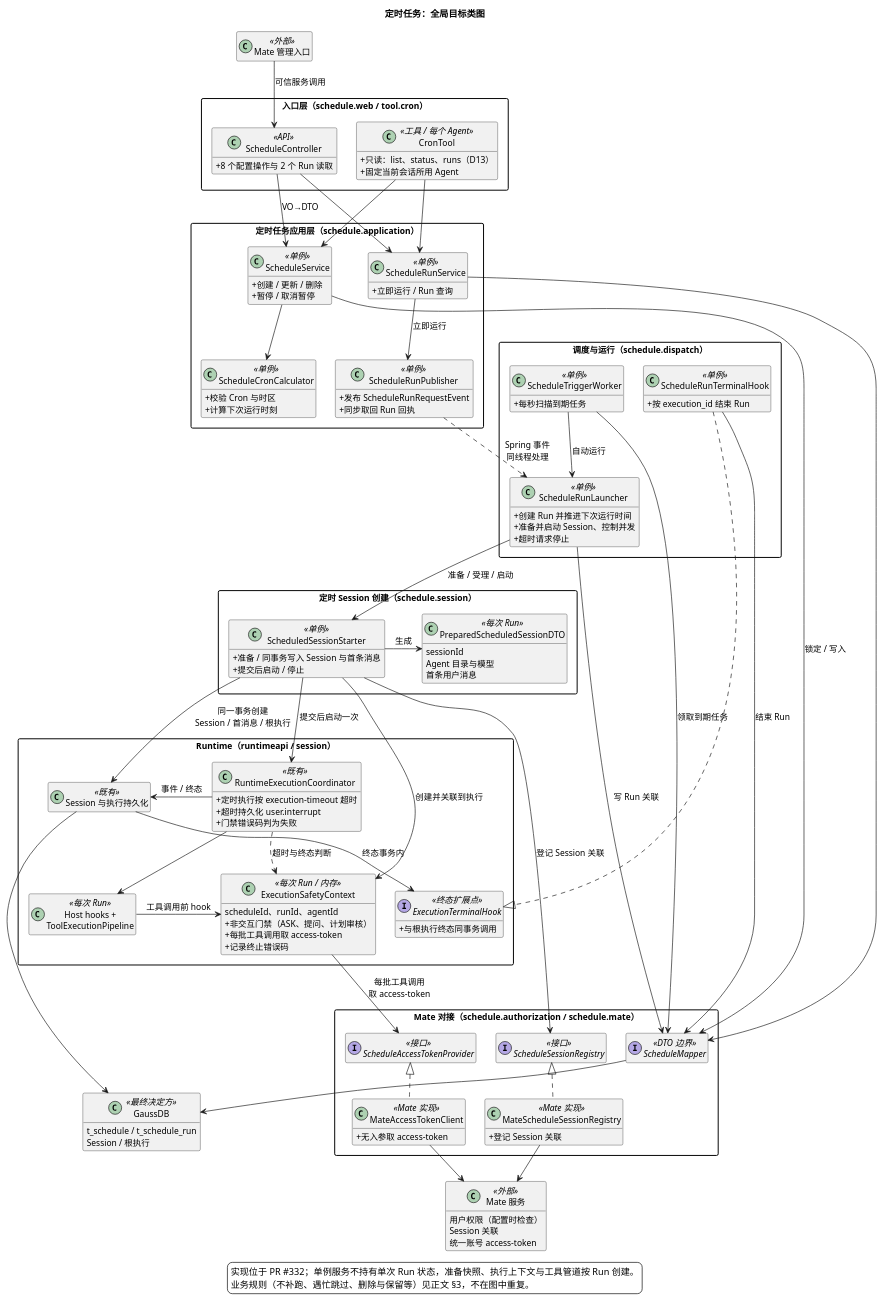
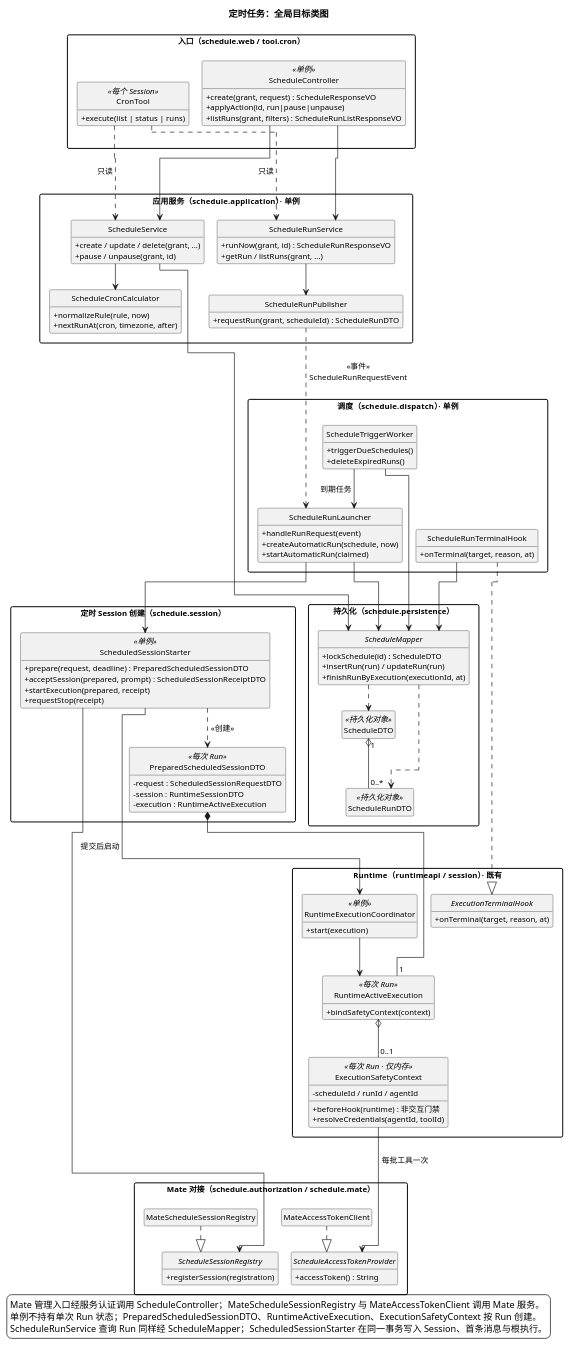
One commit to ssm0808/pi-mono-java-design changed the second of 7 diagrams in 01-总体架构/08-CampusClaw定时任务/diagram.puml. Above: the diagram before and after it, drawn with PlantUML. The commit also changed 3 other files, not shown here.

First line of the commit message:
docs(schedule): 定时任务全局类图按标准 UML 重画

```diff
--- a/01-总体架构/08-CampusClaw定时任务/diagram.puml
+++ b/01-总体架构/08-CampusClaw定时任务/diagram.puml
@@ -45,162 +45,154 @@
 @startuml scheduled_task_architecture
 ' 实现：superheromeZzh/pi-mono-java PR #332，codex/scheduled-task-backend bdd3af99，核对日期 2026-10-15。
-' 源码：modules/coding-agent-cli/src/main/java/com/campusclaw/codingagent/schedule/dispatch/ScheduleRunLauncher.java handleRunRequest、createAutomaticRun、startSession。
+' 源码：modules/coding-agent-cli/src/main/java/com/campusclaw/codingagent/schedule/dispatch/ScheduleRunLauncher.java handleRunRequest、createAutomaticRun、startAutomaticRun。
 ' 源码：modules/coding-agent-cli/src/main/java/com/campusclaw/codingagent/schedule/session/ScheduledSessionStarter.java prepare、acceptSession、startExecution、requestStop。
+' 源码：modules/coding-agent-cli/src/main/java/com/campusclaw/codingagent/runtimeapi/runtime/RuntimeActiveExecution.java bindSafetyContext。
 ' 源码：modules/coding-agent-cli/src/main/java/com/campusclaw/codingagent/session/ExecutionSafetyContext.java beforeHook、resolveCredentials。
-' 源码：modules/coding-agent-cli/src/main/java/com/campusclaw/codingagent/runtimeapi/event/RuntimeExecutionCoordinator.java start、scheduleTimeout、terminalOutcome。
 ' 源码：modules/coding-agent-cli/src/main/java/com/campusclaw/codingagent/schedule/application/ScheduleRunPublisher.java requestRun。
-' 设计原因：管理入口经事件到达 Run 启动器，避免 Runtime 装配构造依赖环。
+' 设计原因：立即运行经进程内事件到达 Run 启动器，避免 Runtime 装配构造依赖环。
 ' 设计原因：服务直接使用 ScheduleMapper 收发 DTO，不另设仓储接口。
 ' 产品约束：每次 Run 使用关联的 Agent 定义新建 Session；定时执行非交互。
 title 定时任务：全局目标类图
+!pragma layout elk
+top to bottom direction
+set separator none
 skinparam backgroundColor white
-skinparam defaultFontSize 13
+skinparam shadowing false
+skinparam defaultFontSize 12
 skinparam classAttributeIconSize 0
 skinparam packageStyle rectangle
-skinparam nodesep 30
-skinparam ranksep 45
+skinparam nodesep 40
+skinparam ranksep 50
 hide empty members
+hide circle
 
-class "Mate 管理入口" as Caller <<外部>>
-
-package "入口层（schedule.web / tool.cron）" as EntryPkg {
-  class ScheduleController <<API>> {
-    + 8 个配置操作与 2 个 Run 读取
+package "入口（schedule.web / tool.cron）" as EntryPkg {
+  class ScheduleController <<单例>> {
+    + create(grant, request) : ScheduleResponseVO
+    + applyAction(id, run|pause|unpause)
+    + listRuns(grant, filters) : ScheduleRunListResponseVO
   }
-  class CronTool <<工具 / 每个 Agent>> {
-    + 只读：list、status、runs（D13）
-    + 固定当前会话所用 Agent
+  class CronTool <<每个 Session>> {
+    + execute(list | status | runs)
   }
 }
 
-package "定时任务应用层（schedule.application）" as AppPkg {
-  class ScheduleService <<单例>> {
-    + 创建 / 更新 / 删除
-    + 暂停 / 取消暂停
+package "应用服务（schedule.application）· 单例" as AppPkg {
+  class ScheduleService {
+    + create / update / delete(grant, ...)
+    + pause / unpause(grant, id)
   }
-  class ScheduleRunService <<单例>> {
-    + 立即运行 / Run 查询
+  class ScheduleRunService {
+    + runNow(grant, id) : ScheduleRunResponseVO
+    + getRun / listRuns(grant, ...)
   }
-  class ScheduleRunPublisher <<单例>> {
-    + 发布 ScheduleRunRequestEvent
-    + 同步取回 Run 回执
+  class ScheduleRunPublisher {
+    + requestRun(grant, scheduleId) : ScheduleRunDTO
   }
-  class ScheduleCronCalculator <<单例>> {
-    + 校验 Cron 与时区
-    + 计算下次运行时刻
+  class ScheduleCronCalculator {
+    + normalizeRule(rule, now)
+    + nextRunAt(cron, timezone, after)
   }
 }
 
-package "调度与运行（schedule.dispatch）" as DispatchPkg {
-  class ScheduleTriggerWorker <<单例>> {
-    + 每秒扫描到期任务
+package "调度（schedule.dispatch）· 单例" as DispatchPkg {
+  class ScheduleTriggerWorker {
+    + triggerDueSchedules()
+    + deleteExpiredRuns()
   }
-  class ScheduleRunLauncher <<单例>> {
-    + 创建 Run 并推进下次运行时间
-    + 准备并启动 Session、控制并发
-    + 超时请求停止
+  class ScheduleRunLauncher {
+    + handleRunRequest(event)
+    + createAutomaticRun(schedule, now)
+    + startAutomaticRun(claimed)
   }
-  class ScheduleRunTerminalHook <<单例>> {
-    + 按 execution_id 结束 Run
+  class ScheduleRunTerminalHook {
+    + onTerminal(target, reason, at)
   }
-}
-
-package "Mate 对接（schedule.authorization / schedule.mate）" as PortPkg {
-  interface ScheduleSessionRegistry <<接口>>
-  interface ScheduleAccessTokenProvider <<接口>>
-  class MateScheduleSessionRegistry <<Mate 实现>> {
-    + 登记 Session 关联
-  }
-  class MateAccessTokenClient <<Mate 实现>> {
-    + 无入参取 access-token
-  }
-  interface ScheduleMapper <<DTO 边界>>
-}
-
-class "Mate 服务" as Mate <<外部>> {
-  用户权限（配置时检查）
-  Session 关联
-  统一账号 access-token
 }
 
 package "定时 Session 创建（schedule.session）" as StarterPkg {
   class ScheduledSessionStarter <<单例>> {
-    + 准备 / 同事务写入 Session 与首条消息
-    + 提交后启动 / 停止
+    + prepare(request, deadline) : PreparedScheduledSessionDTO
+    + acceptSession(prepared, prompt) : ScheduledSessionReceiptDTO
+    + startExecution(prepared, receipt)
+    + requestStop(receipt)
   }
   class PreparedScheduledSessionDTO <<每次 Run>> {
-    sessionId
-    Agent 目录与模型
-    首条用户消息
+    - request : ScheduledSessionRequestDTO
+    - session : RuntimeSessionDTO
+    - execution : RuntimeActiveExecution
   }
 }
 
-package "Runtime（runtimeapi / session）" as RtPkg {
-  class ExecutionSafetyContext <<每次 Run / 内存>> {
-    scheduleId、runId、agentId
-    + 非交互门禁（ASK、提问、计划审核）
-    + 每批工具调用取 access-token
-    + 记录终止错误码
+package "Runtime（runtimeapi / session）· 既有" as RuntimePkg {
+  class RuntimeExecutionCoordinator <<单例>> {
+    + start(execution)
   }
-  class RuntimeExecutionCoordinator <<既有>> {
-    + 定时执行按 execution-timeout 超时
-    + 超时持久化 user.interrupt
-    + 门禁错误码判为失败
+  class RuntimeActiveExecution <<每次 Run>> {
+    + bindSafetyContext(context)
   }
-  class "Host hooks +\nToolExecutionPipeline" as Pipeline <<每次 Run>>
-  class "Session 与执行持久化" as Persist <<既有>>
-  interface ExecutionTerminalHook <<终态扩展点>> {
-    + 与根执行终态同事务调用
+  class ExecutionSafetyContext <<每次 Run · 仅内存>> {
+    - scheduleId / runId / agentId
+    + beforeHook(runtime) : 非交互门禁
+    + resolveCredentials(agentId, toolId)
+  }
+  interface ExecutionTerminalHook {
+    + onTerminal(target, reason, at)
   }
 }
 
-class "GaussDB" as Db <<最终决定方>> {
-  t_schedule / t_schedule_run
-  Session / 根执行
+package "Mate 对接（schedule.authorization / schedule.mate）" as MatePkg {
+  interface ScheduleSessionRegistry {
+    + registerSession(registration)
+  }
+  interface ScheduleAccessTokenProvider {
+    + accessToken() : String
+  }
+  class MateScheduleSessionRegistry
+  class MateAccessTokenClient
 }
 
-Caller -down-> ScheduleController : 可信服务调用
-ScheduleController -down-> ScheduleService : VO→DTO
-ScheduleController -down-> ScheduleRunService
-CronTool -down-> ScheduleService
-CronTool -down-> ScheduleRunService
+package "持久化（schedule.persistence）" as PersistPkg {
+  interface ScheduleMapper {
+    + lockSchedule(id) : ScheduleDTO
+    + insertRun(run) / updateRun(run)
+    + finishRunByExecution(executionId, at)
+  }
+  class ScheduleDTO <<持久化对象>>
+  class ScheduleRunDTO <<持久化对象>>
+}
 
-ScheduleService -down-> ScheduleCronCalculator
-ScheduleRunService -down-> ScheduleRunPublisher : 立即运行
-ScheduleRunPublisher ..> ScheduleRunLauncher : Spring 事件\n同线程处理
-ScheduleTriggerWorker -down-> ScheduleRunLauncher : 自动运行
-ScheduleRunLauncher -down-> ScheduledSessionStarter : 准备 / 受理 / 启动
+ScheduleController --> ScheduleService
+ScheduleController --> ScheduleRunService
+CronTool ..> ScheduleService : 只读
+CronTool ..> ScheduleRunService : 只读
+ScheduleService --> ScheduleCronCalculator
+ScheduleRunService --> ScheduleRunPublisher
+ScheduleRunPublisher ..> ScheduleRunLauncher : <<事件>>\nScheduleRunRequestEvent
+ScheduleTriggerWorker --> ScheduleRunLauncher : 到期任务
+ScheduleRunLauncher --> ScheduledSessionStarter
+ScheduledSessionStarter ..> PreparedScheduledSessionDTO : <<创建>>
+PreparedScheduledSessionDTO *-- "1" RuntimeActiveExecution
+RuntimeActiveExecution o-- "0..1" ExecutionSafetyContext
+ScheduledSessionStarter --> RuntimeExecutionCoordinator : 提交后启动
+RuntimeExecutionCoordinator --> RuntimeActiveExecution
+ScheduledSessionStarter --> ScheduleSessionRegistry
+ExecutionSafetyContext --> ScheduleAccessTokenProvider : 每批工具一次
+ScheduleRunTerminalHook ..|> ExecutionTerminalHook
+MateScheduleSessionRegistry ..|> ScheduleSessionRegistry
+MateAccessTokenClient ..|> ScheduleAccessTokenProvider
+ScheduleService --> ScheduleMapper
+ScheduleRunLauncher --> ScheduleMapper
+ScheduleTriggerWorker --> ScheduleMapper
+ScheduleRunTerminalHook --> ScheduleMapper
+ScheduleMapper ..> ScheduleDTO
+ScheduleMapper ..> ScheduleRunDTO
+ScheduleDTO "1" o-- "0..*" ScheduleRunDTO
 
-ScheduleService -down-> ScheduleMapper : 锁定 / 写入
-ScheduleRunService -down-> ScheduleMapper
-ScheduleTriggerWorker -down-> ScheduleMapper : 领取到期任务
-ScheduleRunLauncher -down-> ScheduleMapper : 写 Run 关联
-ScheduleRunTerminalHook -down-> ScheduleMapper : 结束 Run
-ScheduleMapper -down-> Db
 
-ScheduledSessionStarter -right-> PreparedScheduledSessionDTO : 生成
-ScheduledSessionStarter -down-> ScheduleSessionRegistry : 登记 Session 关联
-ScheduledSessionStarter -down-> ExecutionSafetyContext : 创建并关联到执行
-ScheduledSessionStarter -down-> Persist : 同一事务创建\nSession / 首消息 / 根执行
-ScheduledSessionStarter -down-> RuntimeExecutionCoordinator : 提交后启动一次
-MateScheduleSessionRegistry .up.|> ScheduleSessionRegistry
-MateAccessTokenClient .up.|> ScheduleAccessTokenProvider
-MateScheduleSessionRegistry -down-> Mate
-MateAccessTokenClient -down-> Mate
-
-RuntimeExecutionCoordinator -down-> Pipeline
-RuntimeExecutionCoordinator ..> ExecutionSafetyContext : 超时与终态判断
-Pipeline -right-> ExecutionSafetyContext : 工具调用前 hook
-ExecutionSafetyContext -down-> ScheduleAccessTokenProvider : 每批工具调用\n取 access-token
-RuntimeExecutionCoordinator -right-> Persist : 事件 / 终态
-Persist -down-> Db
-Persist -down-> ExecutionTerminalHook : 终态事务内
-ScheduleRunTerminalHook .right.|> ExecutionTerminalHook
-
-ScheduleCronCalculator -right[hidden]-> ScheduleRunPublisher
-
-legend bottom
-  实现位于 PR #332；单例服务不持有单次 Run 状态，准备快照、执行上下文与工具管道按 Run 创建。
-  业务规则（不补跑、遇忙跳过、删除与保留等）见正文 §3，不在图中重复。
+legend bottom left
+Mate 管理入口经服务认证调用 ScheduleController；MateScheduleSessionRegistry 与 MateAccessTokenClient 调用 Mate 服务。
+单例不持有单次 Run 状态；PreparedScheduledSessionDTO、RuntimeActiveExecution、ExecutionSafetyContext 按 Run 创建。
+ScheduleRunService 查询 Run 同样经 ScheduleMapper；ScheduledSessionStarter 在同一事务写入 Session、首条消息与根执行。
 endlegend
 @enduml
```
